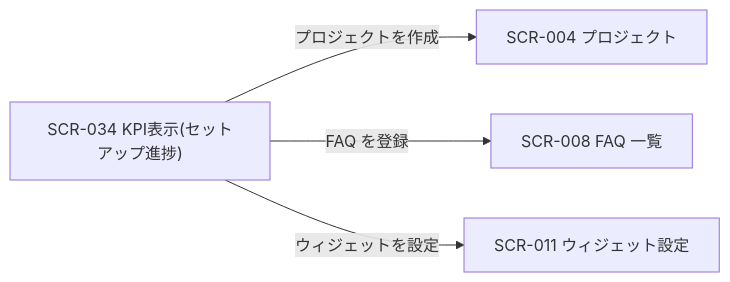
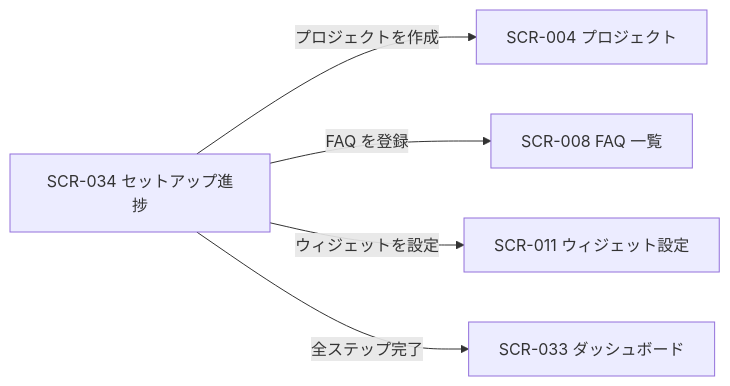
Before and after one commit to sikakou54/open-faq: the diagram in 02_basic_design/01_frontend/01_screens/SCR-034.md, drawn with Mermaid. The commit also changed other lines of this file and 3 other files, not shown here.

````diff
--- a/02_basic_design/01_frontend/01_screens/SCR-034.md
+++ b/02_basic_design/01_frontend/01_screens/SCR-034.md
@@ -30,10 +30,12 @@
 ```mermaid
 flowchart LR
-  S34["SCR-034 KPI表示(セットアップ進捗)"]
+  S34["SCR-034 セットアップ進捗"]
   S04["SCR-004 プロジェクト"]
   S08["SCR-008 FAQ 一覧"]
   S11["SCR-011 ウィジェット設定"]
+  S33["SCR-033 ダッシュボード"]
   S34 -->|プロジェクトを作成| S04
   S34 -->|FAQ を登録| S08
   S34 -->|ウィジェットを設定| S11
+  S34 -->|全ステップ完了| S33
 ```
````
